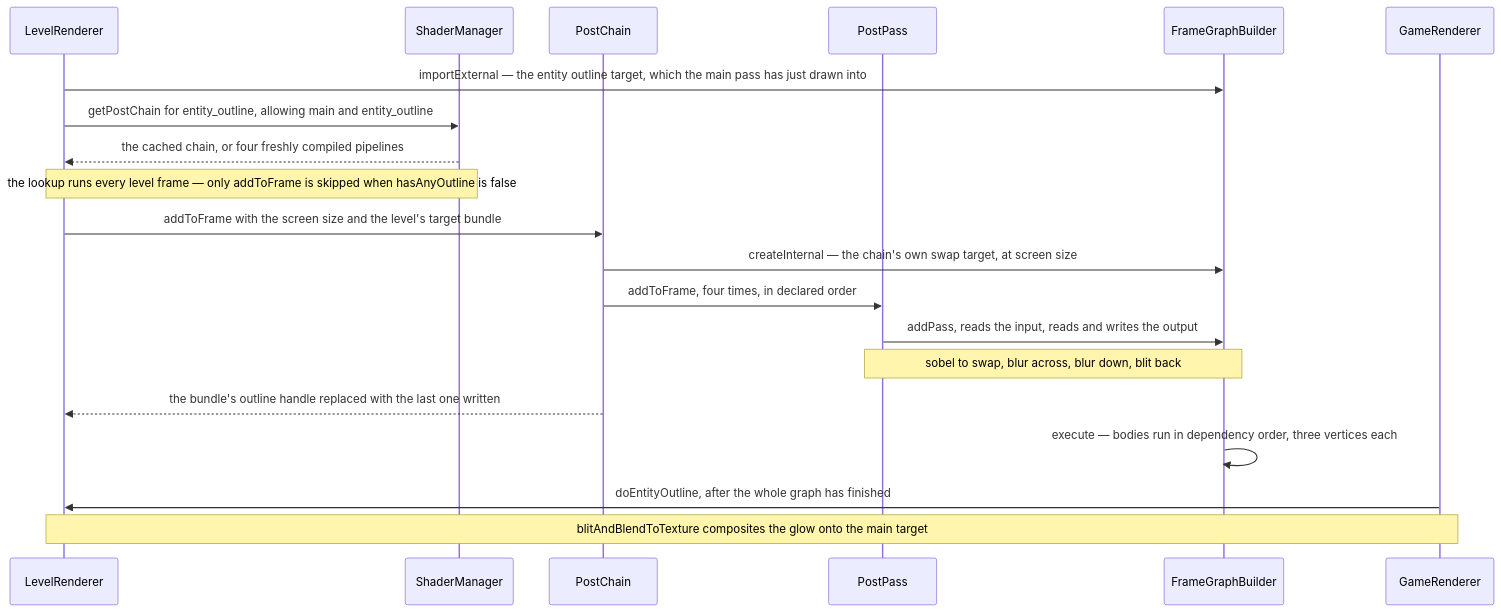
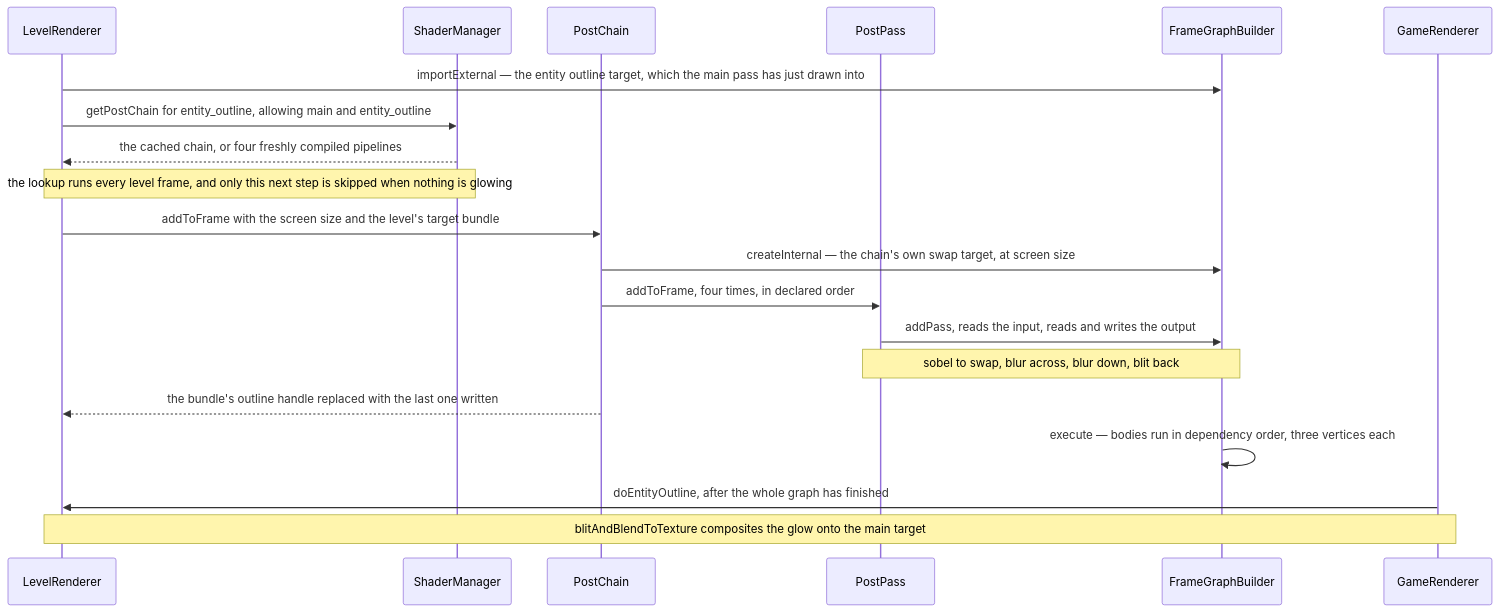
The second of 2 diagrams in src/systems/rendering/post-processing.md (AlexanderjFraser/MinecraftDocs), drawn with Mermaid before and after one commit. The commit also changed other lines of this file and 24 other files, not shown here.

````diff
--- a/src/systems/rendering/post-processing.md
+++ b/src/systems/rendering/post-processing.md
@@ -199,23 +206,23 @@
 ```mermaid
 sequenceDiagram
     participant LR as LevelRenderer
     participant ShadM as ShaderManager
     participant PChain as PostChain
     participant PPass as PostPass
     participant FGB as FrameGraphBuilder
     participant GR as GameRenderer
 
     LR->>FGB: importExternal — the entity outline target, which the main pass has just drawn into
     LR->>ShadM: getPostChain for entity_outline, allowing main and entity_outline
     ShadM-->>LR: the cached chain, or four freshly compiled pipelines
-    Note over LR,ShadM: the lookup runs every level frame — only addToFrame is skipped when hasAnyOutline is false
+    Note over LR,ShadM: the lookup runs every level frame, and only this next step is skipped when nothing is glowing
     LR->>PChain: addToFrame with the screen size and the level's target bundle
     PChain->>FGB: createInternal — the chain's own swap target, at screen size
     PChain->>PPass: addToFrame, four times, in declared order
     PPass->>FGB: addPass, reads the input, reads and writes the output
     Note over PPass,FGB: sobel to swap, blur across, blur down, blit back
     PChain-->>LR: the bundle's outline handle replaced with the last one written
     FGB->>FGB: execute — bodies run in dependency order, three vertices each
     GR->>LR: doEntityOutline, after the whole graph has finished
     Note over GR,LR: blitAndBlendToTexture composites the glow onto the main target
 ```
````
